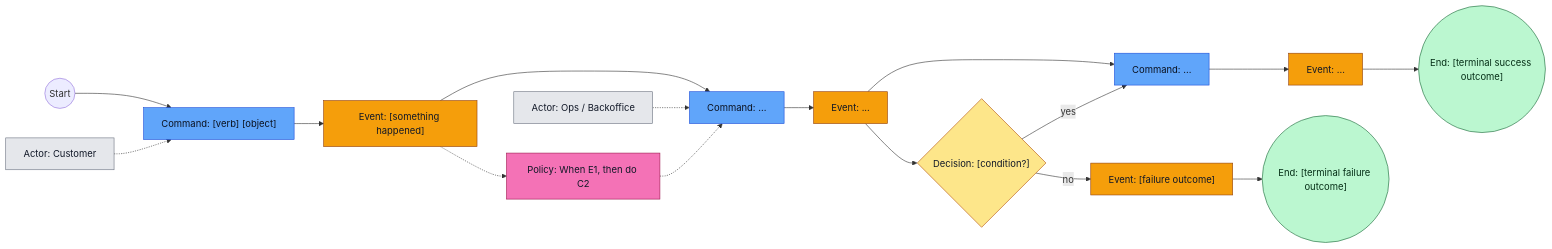
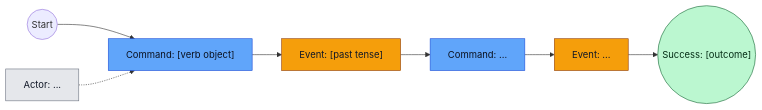
The first of 4 diagrams in ddd-conversation/session-template.md (roblevine/larj-model), drawn with Mermaid before and after one commit. The commit also changed other lines of this file and 1 other file, not shown here.

Commit message:
refactor(ddd-conversation): restructure for LLM compliance and add skeleton flow

````diff
--- a/ddd-conversation/session-template.md
+++ b/ddd-conversation/session-template.md
@@ -89,32 +95,15 @@
 ```mermaid
 flowchart LR
-  %% Living diagram (maintained incrementally)
-  %% Hard rule: keep ONE main spine on a single time axis (Command ↔ Event), starting with whichever makes sense.
-  %% Actors and policies are OFF the spine using dashed links.
+  classDef command fill:#60a5fa,stroke:#1d4ed8,color:#0b1220
+  classDef event fill:#f59e0b,stroke:#92400e,color:#111827
+  classDef actor fill:#e5e7eb,stroke:#6b7280,color:#111827
+  classDef terminal fill:#bbf7d0,stroke:#166534,color:#052e16
 
-  classDef command fill:#60a5fa,stroke:#1d4ed8,color:#0b1220;
-  classDef event fill:#f59e0b,stroke:#92400e,color:#111827;
-  classDef policy fill:#f472b6,stroke:#9d174d,color:#111827;
-  classDef actor fill:#e5e7eb,stroke:#6b7280,color:#111827;
-  classDef decision fill:#fde68a,stroke:#b45309,color:#111827;
-  classDef terminal fill:#bbf7d0,stroke:#166534,color:#052e16;
+  S((Start)) --> C1["Command: [verb object]"]:::command
+  C1 --> E1["Event: [past tense]"]:::event
+  E1 --> C2["Command: ..."]:::command
+  C2 --> E2["Event: ..."]:::event
+  E2 --> T1(("Success: [outcome]")):::terminal
 
-  %% --- Main spine (single time axis) ---
-  S((Start)) --> C1["Command: [verb] [object]"]:::command --> E1["Event: [something happened]"]:::event
-  E1 --> C2["Command: ..."]:::command --> E2["Event: ..."]:::event
-  E2 --> C3["Command: ..."]:::command --> E3["Event: ..."]:::event
-  E3 --> T1(("End: [terminal success outcome]")):::terminal
-
-  %% --- Actor responsibility (off-axis, dashed) ---
-  A1["Actor: Customer"]:::actor -.-> C1
-  A2["Actor: Ops / Backoffice"]:::actor -.-> C2
-
-  %% --- Policy example (event → policy → command, all off-axis dashed) ---
-  E1 -.-> P1["Policy: When E1, then do C2"]:::policy
-  P1 -.-> C2
-
-  %% --- Decision + unhappy path example (branch from event/decision, keep spine intact) ---
-  E2 --> D1{"Decision: [condition?]"}:::decision
-  D1 -->|yes| C3
-  D1 -->|no| E2x["Event: [failure outcome]"]:::event --> T2(("End: [terminal failure outcome]")):::terminal
+  A1["Actor: ..."]:::actor -.-> C1
 ```
````
